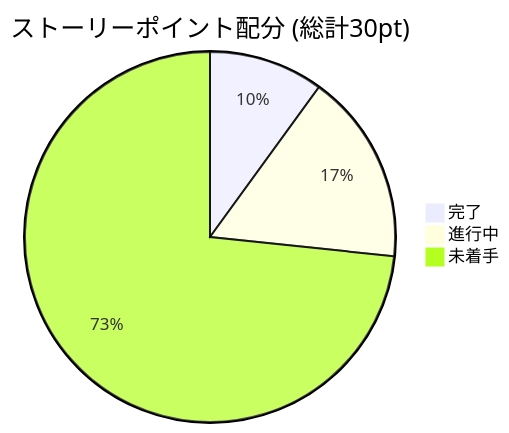
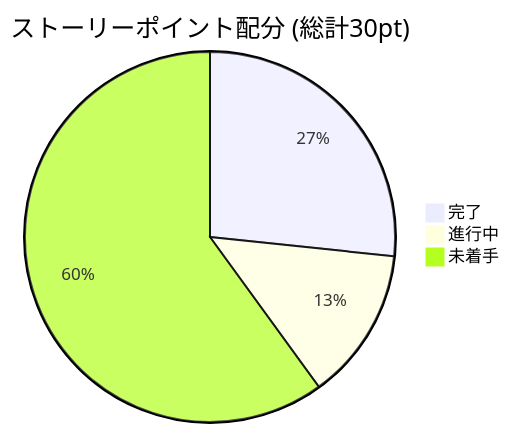
Before and after one commit to ak-nagae/sideVar: the eighth of 9 diagrams in docs/PROGRESS_REPORT.md, drawn with Mermaid. The commit also changed other lines of this file and 1 other file, not shown here.

````diff
--- a/docs/PROGRESS_REPORT.md
+++ b/docs/PROGRESS_REPORT.md
@@ -205,6 +229,6 @@
 ```mermaid
 pie title ストーリーポイント配分 (総計30pt)
-    "完了" : 3
-    "進行中" : 5
-    "未着手" : 22
+    "完了" : 8
+    "進行中" : 4
+    "未着手" : 18
 ```
````
